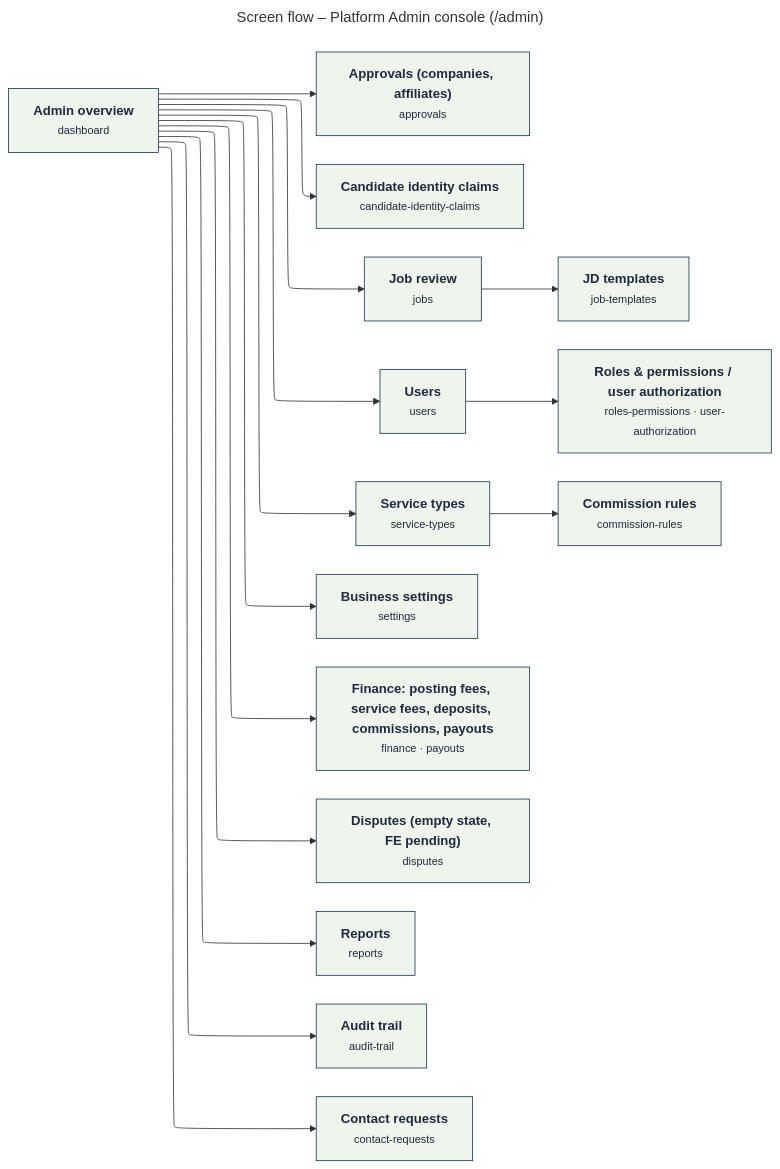
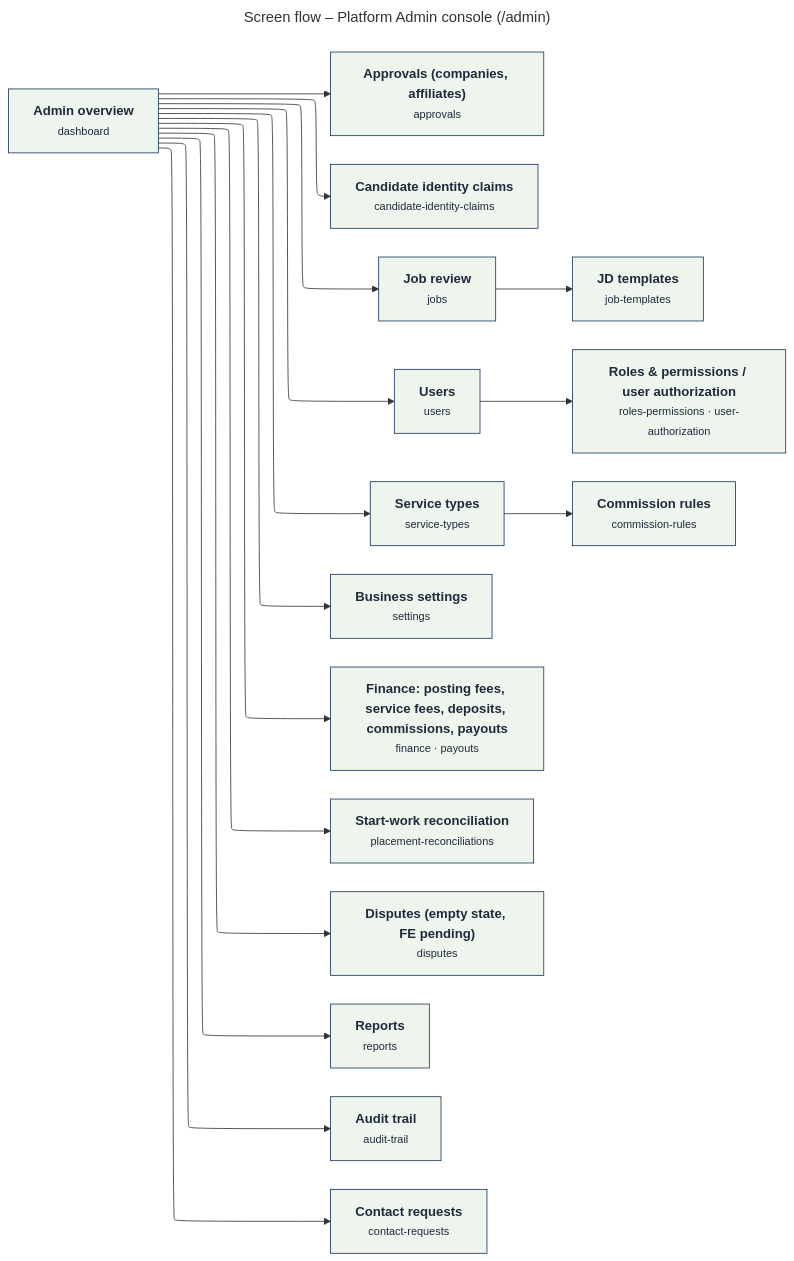
The diagram in docs/diagrams/screen-flows/source/sf-06-admin.mmd (hoangqui794/hr-connect), drawn with Mermaid before and after one commit. The commit also changed 18 other files, not shown here.

First line of the commit message:
docs(diagrams): redraw MF-01..MF-04 activity diagrams, add core ERD, placement reconciliation in screen flows

```diff
--- a/docs/diagrams/screen-flows/source/sf-06-admin.mmd
+++ b/docs/diagrams/screen-flows/source/sf-06-admin.mmd
@@ -1,36 +1,38 @@
 ---
 title: Screen flow – Platform Admin console (/admin)
 config:
   layout: elk
 ---
 flowchart LR
   admin_dash["<b>Admin overview</b><br/><small>dashboard</small>"]
   admin_appr["<b>Approvals (companies, affiliates)</b><br/><small>approvals</small>"]
   admin_idc["<b>Candidate identity claims</b><br/><small>candidate-identity-claims</small>"]
   admin_jobs["<b>Job review</b><br/><small>jobs</small>"]
   admin_tpl["<b>JD templates</b><br/><small>job-templates</small>"]
   admin_users["<b>Users</b><br/><small>users</small>"]
   admin_rbac["<b>Roles & permissions / user authorization</b><br/><small>roles-permissions · user-authorization</small>"]
   admin_st["<b>Service types</b><br/><small>service-types</small>"]
   admin_cr["<b>Commission rules</b><br/><small>commission-rules</small>"]
   admin_set["<b>Business settings</b><br/><small>settings</small>"]
   admin_fin["<b>Finance: posting fees, service fees, deposits, commissions, payouts</b><br/><small>finance · payouts</small>"]
+  admin_rec["<b>Start-work reconciliation</b><br/><small>placement-reconciliations</small>"]
   admin_disp["<b>Disputes (empty state, FE pending)</b><br/><small>disputes</small>"]
   admin_rep["<b>Reports</b><br/><small>reports</small>"]
   admin_audit["<b>Audit trail</b><br/><small>audit-trail</small>"]
   admin_contact["<b>Contact requests</b><br/><small>contact-requests</small>"]
   admin_dash --> admin_appr
   admin_dash --> admin_idc
   admin_dash --> admin_jobs
   admin_jobs --> admin_tpl
   admin_dash --> admin_users
   admin_users --> admin_rbac
   admin_dash --> admin_st
   admin_st --> admin_cr
   admin_dash --> admin_set
   admin_dash --> admin_fin
+  admin_dash --> admin_rec
   admin_dash --> admin_disp
   admin_dash --> admin_rep
   admin_dash --> admin_audit
   admin_dash --> admin_contact
   classDef default fill:#EEF5EC,stroke:#1B365D,color:#1F2A3C
```
